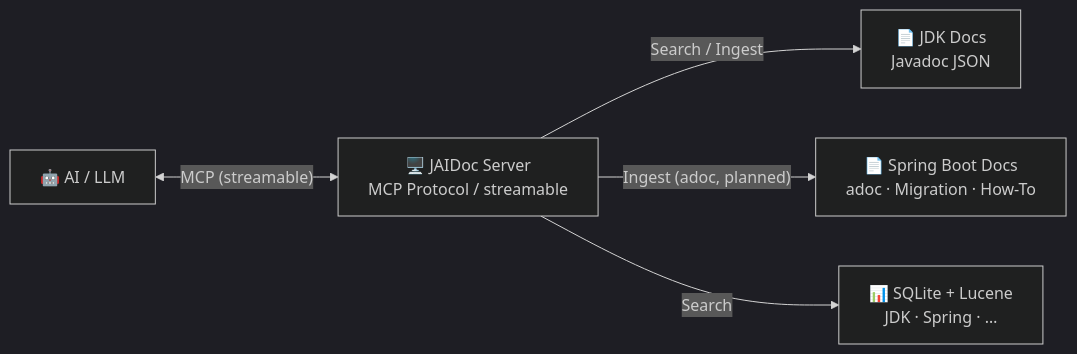
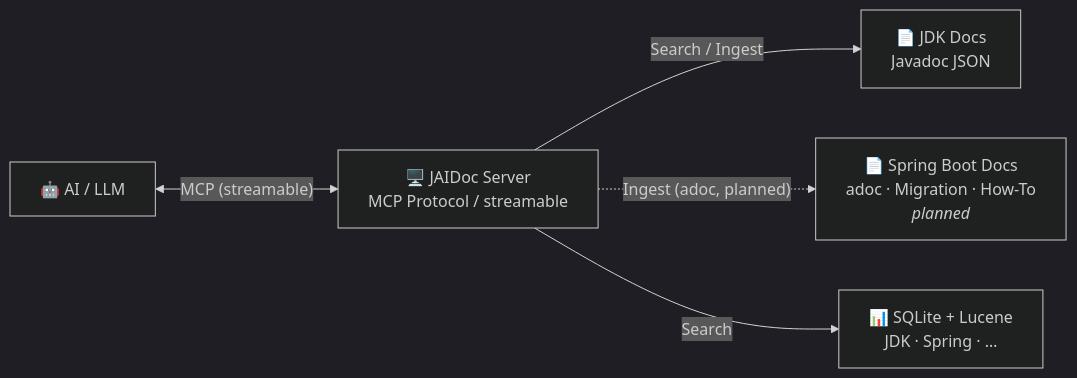
One commit to PurrBytes-Solutions/JAIDoc changed the diagram in README.md. Above: the diagram before and after it, drawn with Mermaid (dark theme). The commit also changed other lines of this file, not shown here.

First line of the commit message:
docs(readme): clarify that Spring Boot support is planned, not complete

````diff
--- a/README.md
+++ b/README.md
@@ -204,12 +203,12 @@
 ```mermaid
 graph LR
     ai["🤖 AI / LLM"]
     server["🖥️ JAIDoc Server<br/>MCP Protocol / streamable"]
     db["📊 SQLite + Lucene<br/>JDK · Spring · …"]
     jdkdocs["📄 JDK Docs<br/>Javadoc JSON"]
-    sbdocs["📄 Spring Boot Docs<br/>adoc · Migration · How-To"]
+    sbdocs["📄 Spring Boot Docs<br/>adoc · Migration · How-To<br/><em>planned</em>"]
     ai <-->|" MCP (streamable) "| server
     server -->|" Search / Ingest "| jdkdocs
-    server -->|" Ingest (adoc, planned) "| sbdocs
+    server -.->|" Ingest (adoc, planned) "| sbdocs
     server -->|" Search "| db
 ```
````
